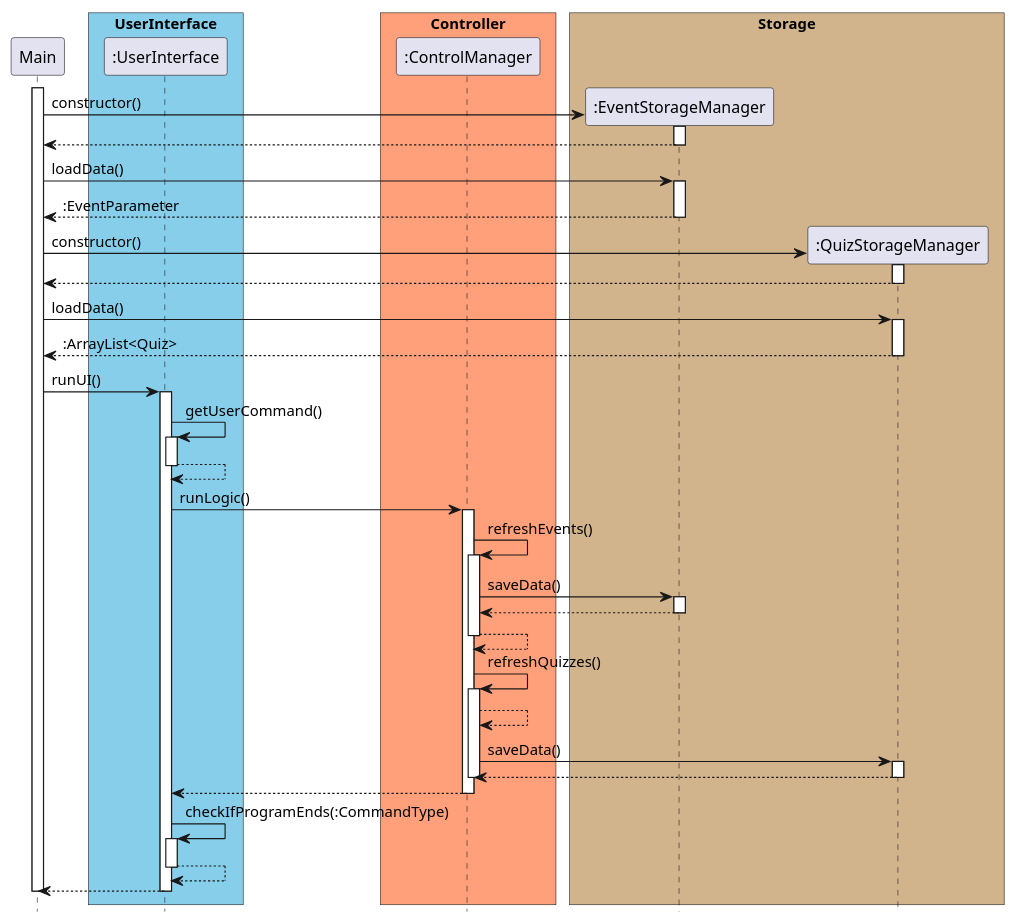
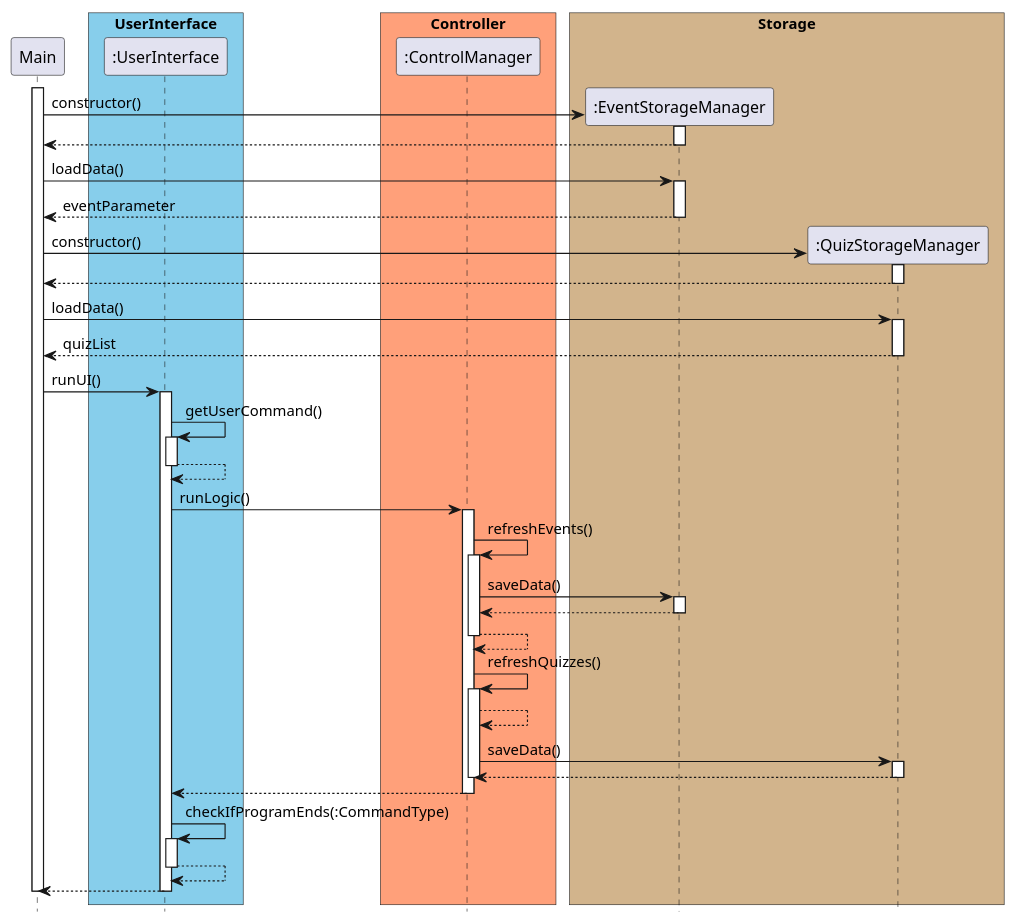
The diagram in docs/plantuml/StorageSequence.puml (untitle4/tp), drawn with PlantUML before and after one commit. The commit also changed 1 other file, not shown here.

Commit message:
Update diagrams

```diff
--- a/docs/plantuml/StorageSequence.puml
+++ b/docs/plantuml/StorageSequence.puml
@@ -1,79 +1,79 @@
 @startuml
 
 skinparam ParticipantPadding 10
 skinparam BoxPadding 5
 hide footbox
 
 participant Main
 
 box "UserInterface" #skyblue
 participant ":UserInterface"
 end box
 
 box "Controller" #LightSalmon
 participant ":ControlManager"
 end box
 
 box "Storage" #Tan
 participant ":EventStorageManager"
 participant ":QuizStorageManager"
 end box
 
 activate Main
 Main -> ":EventStorageManager"** : constructor()
 activate ":EventStorageManager"
 ":EventStorageManager" --> Main
 deactivate ":EventStorageManager"
 
 Main -> ":EventStorageManager" : loadData()
 activate ":EventStorageManager"
-":EventStorageManager" --> Main : :EventParameter
+":EventStorageManager" --> Main : eventParameter
 deactivate ":EventStorageManager"
 
 Main -> ":QuizStorageManager"** : constructor()
 activate ":QuizStorageManager"
 ":QuizStorageManager" --> Main
 deactivate ":QuizStorageManager"
 
 Main -> ":QuizStorageManager" : loadData()
 activate ":QuizStorageManager"
-":QuizStorageManager" --> Main : :ArrayList<Quiz>
+":QuizStorageManager" --> Main : quizList
 deactivate ":QuizStorageManager"
 
 Main -> ":UserInterface" : runUI()
 activate ":UserInterface"
 ":UserInterface" -> ":UserInterface" : getUserCommand()
 activate ":UserInterface"
 ":UserInterface" --> ":UserInterface"
 deactivate ":UserInterface"
 ":UserInterface" -> ":ControlManager" : runLogic()
 activate ":ControlManager"
 ":ControlManager" -> ":ControlManager" : refreshEvents()
 activate ":ControlManager"
 ":ControlManager" -> ":EventStorageManager" : saveData()
 activate ":EventStorageManager"
 ":EventStorageManager" --> ":ControlManager"
 deactivate ":EventStorageManager"
 ":ControlManager" --> ":ControlManager"
 deactivate ":ControlManager"
 ":ControlManager" -> ":ControlManager" : refreshQuizzes()
 activate ":ControlManager"
 ":ControlManager" --> ":ControlManager"
 ":ControlManager" -> ":QuizStorageManager" : saveData()
 activate ":QuizStorageManager"
 ":QuizStorageManager" --> ":ControlManager"
 deactivate ":QuizStorageManager"
 deactivate ":ControlManager"
 ":ControlManager" --> ":UserInterface"
 deactivate ":ControlManager"
 deactivate ":ControlManager"
 ":UserInterface" -> ":UserInterface" : checkIfProgramEnds(:CommandType)
 activate ":UserInterface"
 ":UserInterface" --> ":UserInterface"
 deactivate ":UserInterface"
 deactivate ":ControlManager"
 ":UserInterface" --> Main
 deactivate ":UserInterface"
 deactivate Main
 
 @enduml
```
